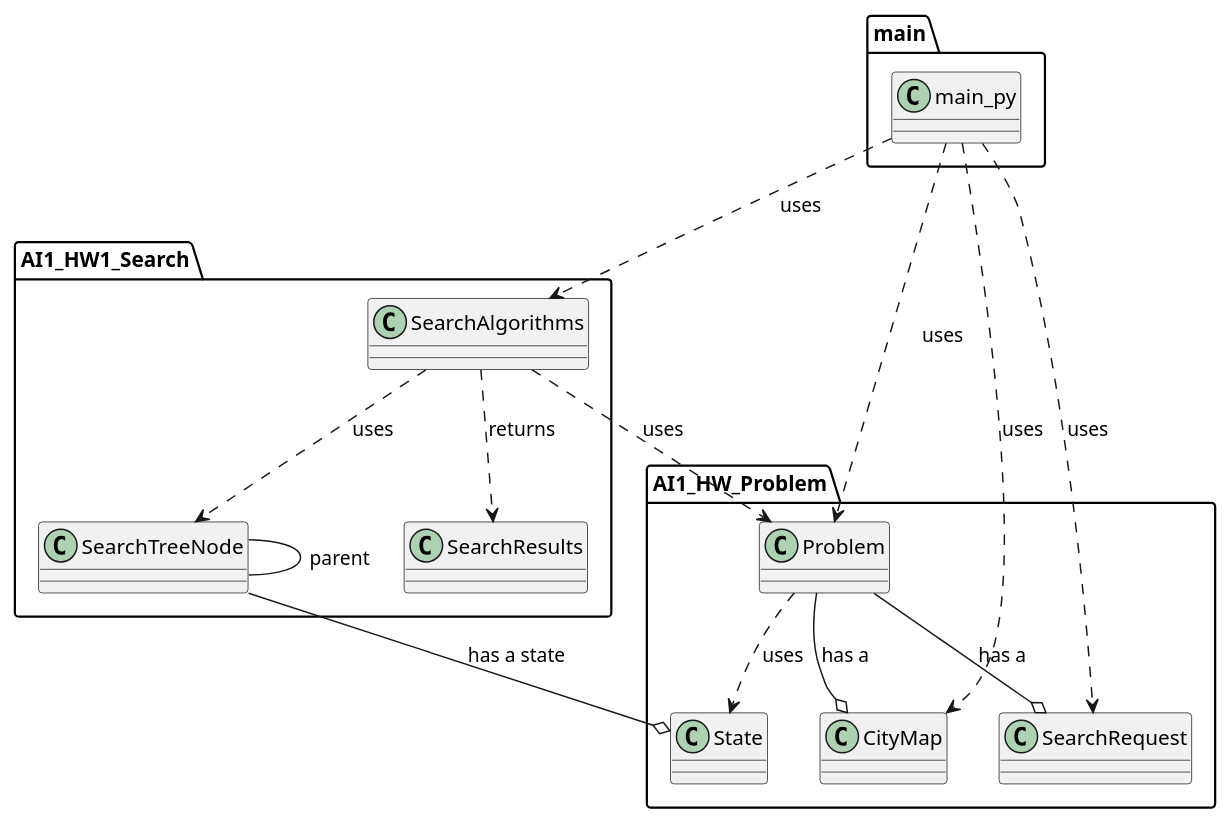
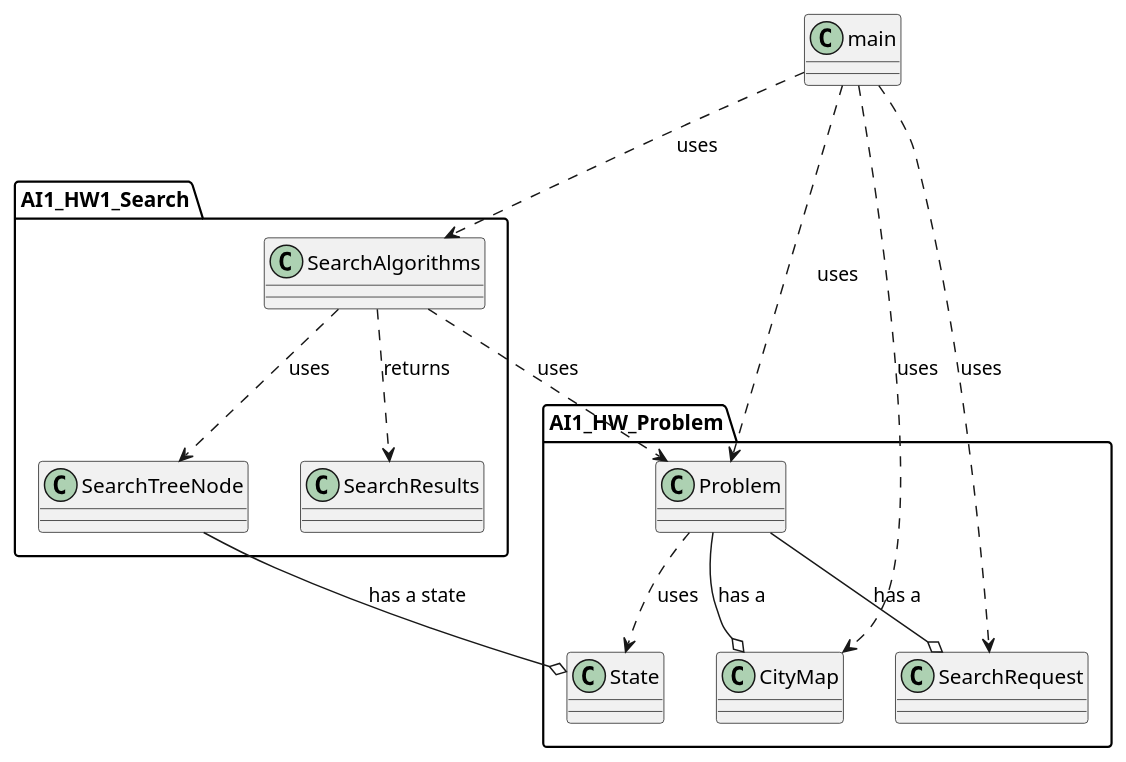
The diagram in AI/hw2/hw_01_code/class_uml.wsd (devminsong/25_WQ_SE441), drawn with PlantUML before and after one commit. The commit also changed other lines of this file and 2 other files, not shown here.

```diff
--- a/AI/hw2/hw_01_code/class_uml.wsd
+++ b/AI/hw2/hw_01_code/class_uml.wsd
@@ -1,41 +85,39 @@
 @startuml
 
 package AI1_HW_Problem {
 
 class State
 
 class CityMap
 
 class Problem
 
 class SearchRequest
 
 Problem --o CityMap : has a
 Problem --o SearchRequest : has a
 Problem ..> State : uses
 }
 
 package AI1_HW1_Search {
 
 class SearchTreeNode
 SearchTreeNode --o AI1_HW_Problem.State : has a state
-SearchTreeNode -- SearchTreeNode : parent
+' SearchTreeNode -- SearchTreeNode : parent
 
 class SearchResults
 
 class SearchAlgorithms
 SearchAlgorithms ..> AI1_HW_Problem.Problem : uses
 SearchAlgorithms ..> SearchResults : returns
 SearchAlgorithms ..> SearchTreeNode : uses
 }
 
-package main {
-class main_py
-}
+class main
 
-main_py ..> AI1_HW_Problem.CityMap : uses
-main_py ..> AI1_HW_Problem.SearchRequest : uses
-main_py ..> AI1_HW_Problem.Problem : uses
-main_py ..> AI1_HW1_Search.SearchAlgorithms : uses
+main ..> AI1_HW_Problem.CityMap : uses
+main ..> AI1_HW_Problem.SearchRequest : uses
+main ..> AI1_HW_Problem.Problem : uses
+main ..> AI1_HW1_Search.SearchAlgorithms : uses
 
 @enduml
```
